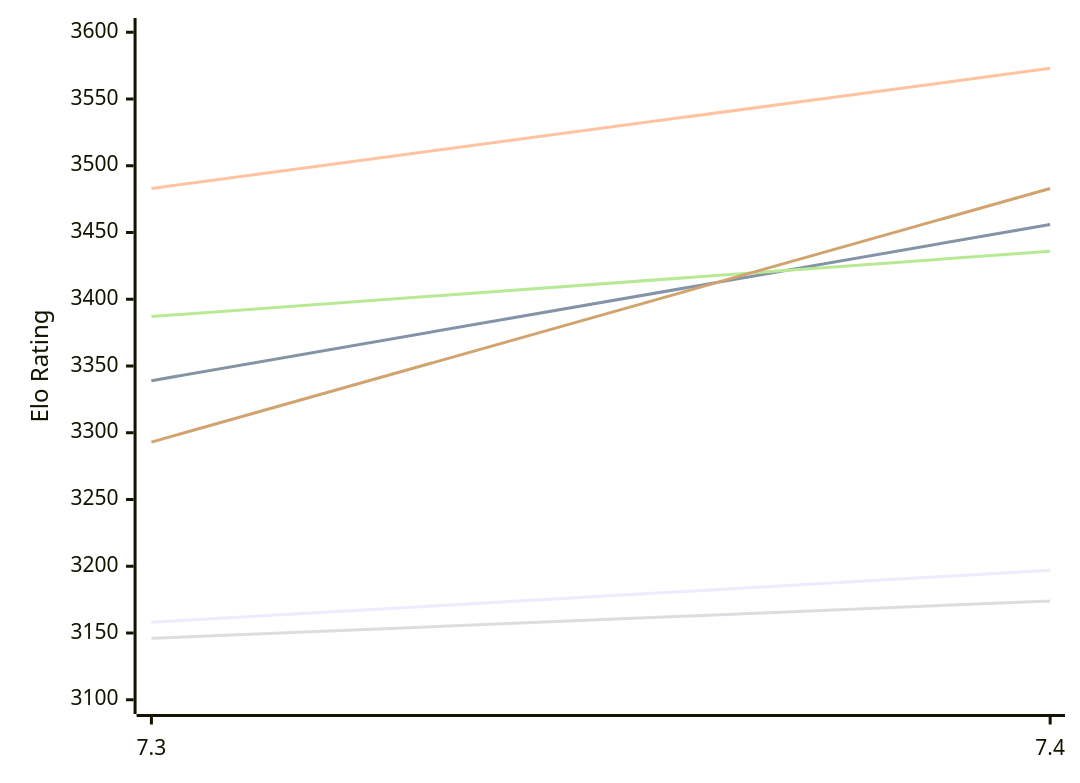
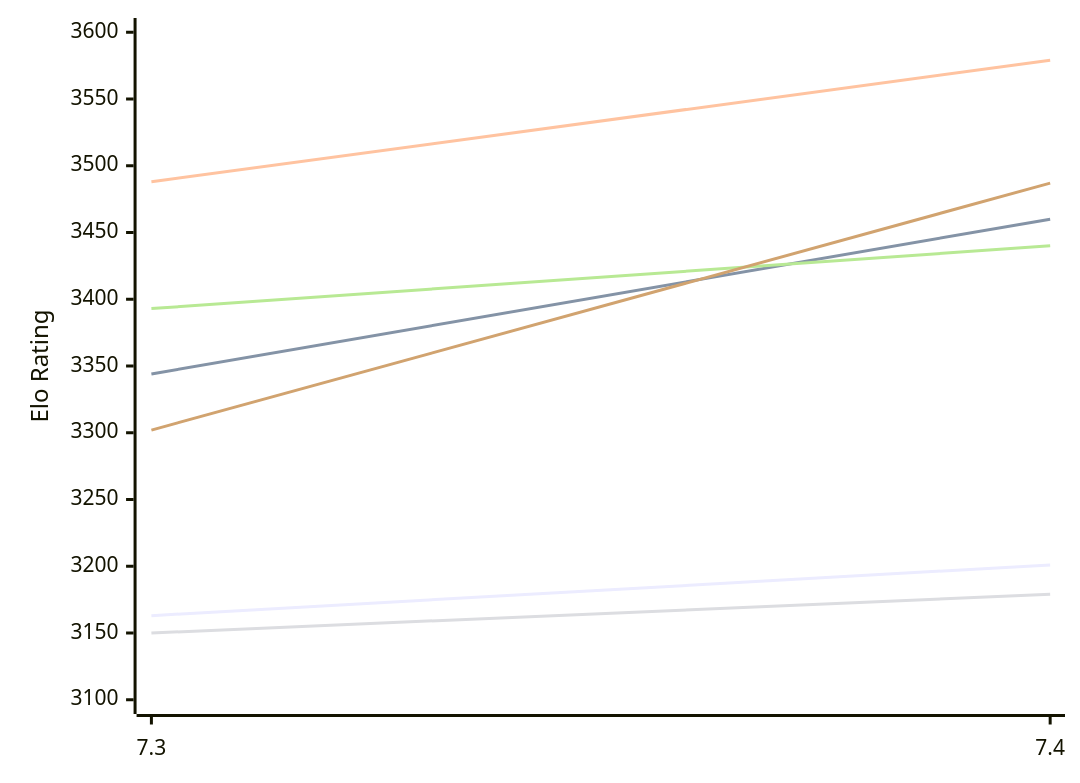
One commit to computer-chess-index/cci changed the diagram in engines/Booot.md. Above: the diagram before and after it, drawn with Mermaid. The commit also changed other lines of this file, not shown here.

Commit message:
Update CCI Ratings (ELO VLTC) - 2026-11-20

````diff
--- a/engines/Booot.md
+++ b/engines/Booot.md
@@ -49,12 +49,12 @@
 ```mermaid
 %%{init: {"theme":"base","themeVariables":{"seriesColors:['#a3a3a3','#222221','#faa371']}}}%%
 xychart-beta
   x-axis ["7.3", "7.4"]
   y-axis "Elo Rating" 3100 --> 3600
-  line "E1: STC (8.0+0.08s)" [3158, 3197]
-  line "E1: LTC (60.0+0.60s)" [3339, 3456]
-  line "E1: VLTC (2m24s+1.12s)" [3483, 3573]
-  line "P1: STC (8.0+0.08s)" [3146, 3174]
-  line "P1: LTC (60.0+0.60s)" [3387, 3436]
-  line "P1: VLTC (2m24s+1.12s)" [3293, 3483]
+  line "E1: STC (8.0+0.08s)" [3163, 3201]
+  line "E1: LTC (60.0+0.60s)" [3344, 3460]
+  line "E1: VLTC (2m24s+1.12s)" [3488, 3579]
+  line "P1: STC (8.0+0.08s)" [3150, 3179]
+  line "P1: LTC (60.0+0.60s)" [3393, 3440]
+  line "P1: VLTC (2m24s+1.12s)" [3302, 3487]
 ```
````
